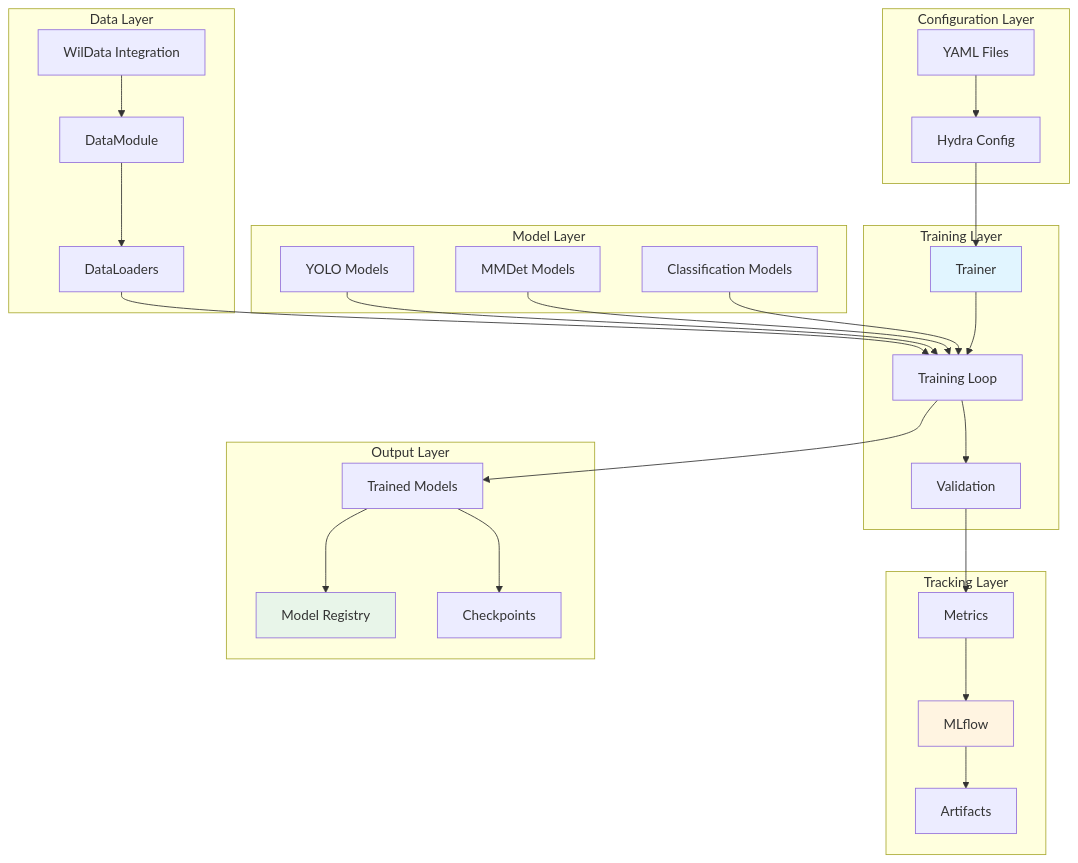
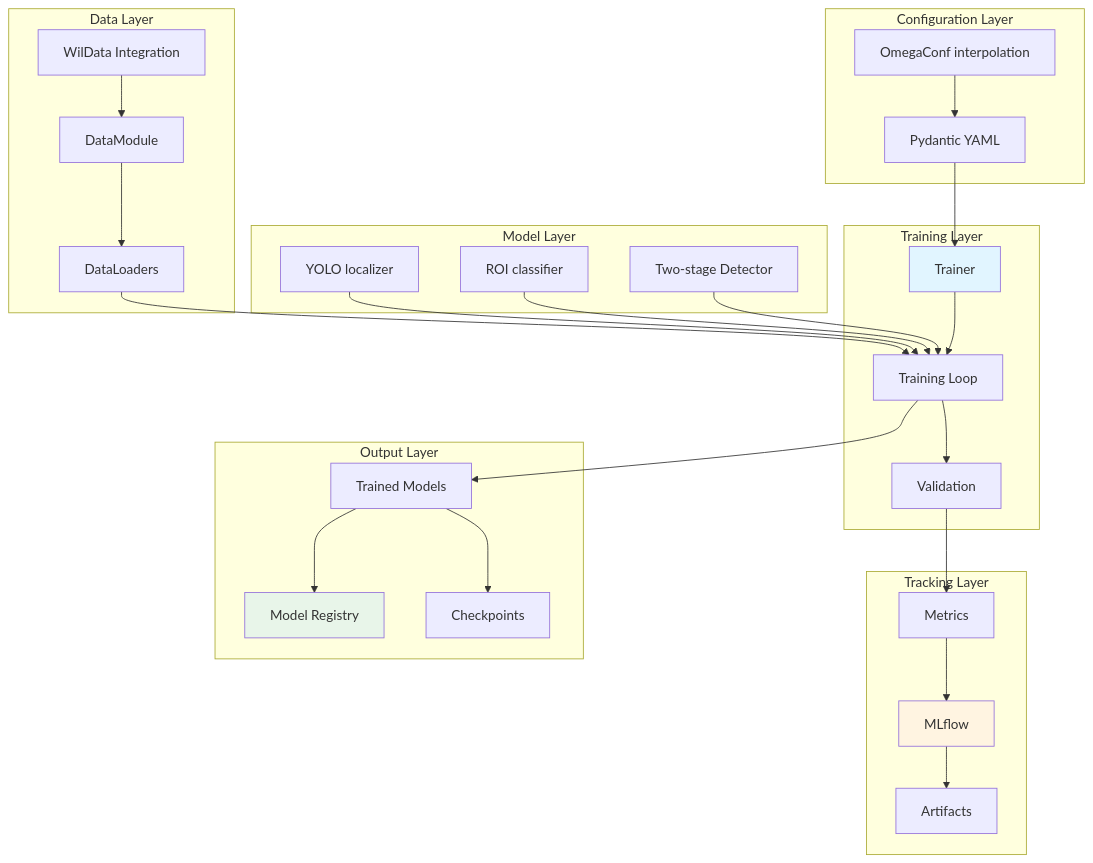
Before and after one commit to FadelMamar/wildetect: the diagram in website/docs/architecture/wildtrain.md, drawn with Mermaid. The commit also changed other lines of this file and 32 other files, not shown here.

````diff
--- a/website/docs/architecture/wildtrain.md
+++ b/website/docs/architecture/wildtrain.md
@@ -18,58 +18,58 @@
 ```mermaid
 graph TB
     subgraph "Configuration Layer"
-        A[Hydra Config]
-        B[YAML Files]
+        A[Pydantic YAML]
+        B[OmegaConf interpolation]
     end
     
     subgraph "Data Layer"
         C[WilData Integration]
         D[DataModule]
         E[DataLoaders]
     end
     
     subgraph "Model Layer"
-        F[YOLO Models]
-        G[MMDet Models]
-        H[Classification Models]
+        F[YOLO localizer]
+        G[ROI classifier]
+        H[Two-stage Detector]
     end
     
     subgraph "Training Layer"
         I[Trainer]
         J[Training Loop]
         K[Validation]
     end
     
     subgraph "Tracking Layer"
         L[MLflow]
         M[Metrics]
         N[Artifacts]
     end
     
     subgraph "Output Layer"
         O[Trained Models]
         P[Model Registry]
         Q[Checkpoints]
     end
     
     A --> I
     B --> A
     C --> D
     D --> E
     E --> J
     F --> J
     G --> J
     H --> J
     I --> J
     J --> K
     K --> M
     M --> L
     J --> O
     O --> P
     O --> Q
     L --> N
     
     style I fill:#e1f5ff
     style L fill:#fff4e1
     style P fill:#e8f5e9
 ```
````
